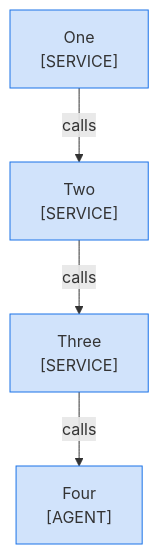
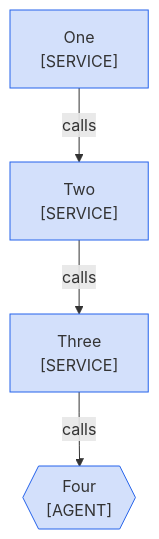
One commit to choonchernlim/skills changed the fifth of 21 diagrams in skills/docsmith/scripts/fixtures/bad/mmd-color-rules.md. Above: the diagram before and after it, drawn with Mermaid. The commit also changed other lines of this file and 127 other files, not shown here.

````diff
--- a/skills/docsmith/scripts/fixtures/bad/mmd-color-rules.md
+++ b/skills/docsmith/scripts/fixtures/bad/mmd-color-rules.md
@@ -114,12 +89,13 @@
 ```mermaid
 graph TD
+  %%{init: {"themeCSS": ".cluster-label, .cluster-label div, .cluster-label span, .cluster-label p { text-align: center !important; }", "flowchart": {"curve": "rounded", "subGraphTitleMargin": {"top": 6, "bottom": 30}}}}%%
   One["One<br/>[SERVICE]"]
   Two["Two<br/>[SERVICE]"]
   Three["Three<br/>[SERVICE]"]
-  Four["Four<br/>[AGENT]"]
+  Four{{"Four<br/>[AGENT]"}}
   One -->|"calls"| Two
   Two -->|"calls"| Three
   Three -->|"calls"| Four
   class One,Two,Three,Four own
-  classDef own fill:#1a73e833,stroke:#1a73e8
+  classDef own fill:#2563eb33,stroke:#2563eb
 ```
````
